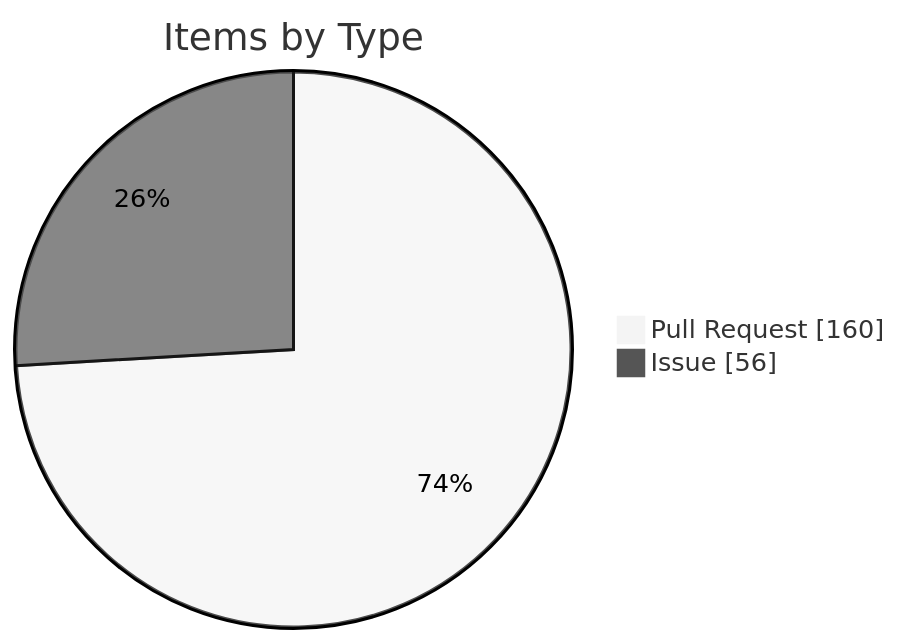
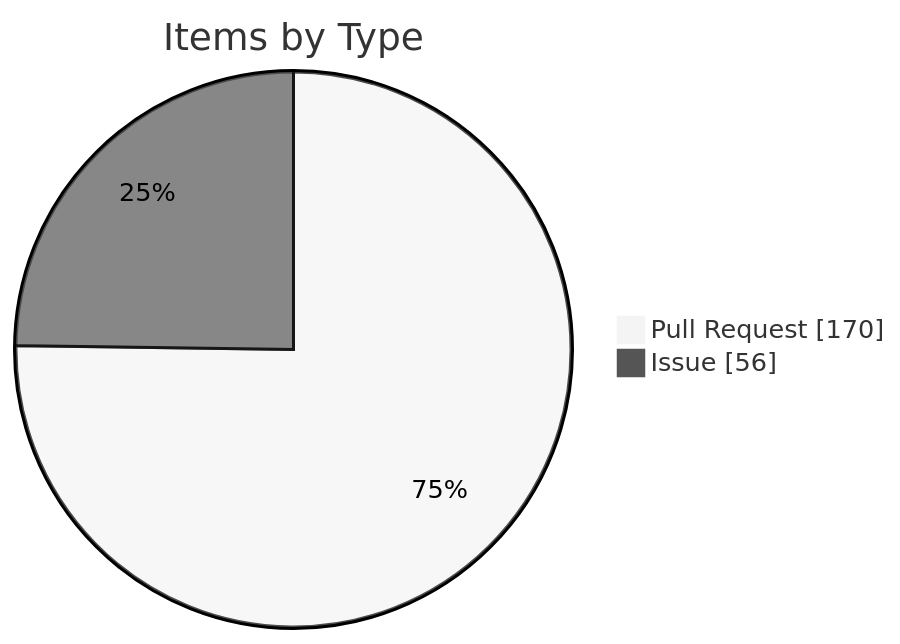
One commit to KBVE/kbve changed the fourth of 4 diagrams in apps/kbve/astro-kbve/src/content/docs/dashboard/kanban-data.mdx. Above: the diagram before and after it, drawn with Mermaid (neutral theme). The commit also changed other lines of this file and 8 other files, not shown here.

````diff
--- a/apps/kbve/astro-kbve/src/content/docs/dashboard/kanban-data.mdx
+++ b/apps/kbve/astro-kbve/src/content/docs/dashboard/kanban-data.mdx
@@ -116,6 +116,6 @@
 ```mermaid
 pie showData
     title Items by Type
-    "Pull Request" : 160
+    "Pull Request" : 170
     "Issue" : 56
 ```
````
